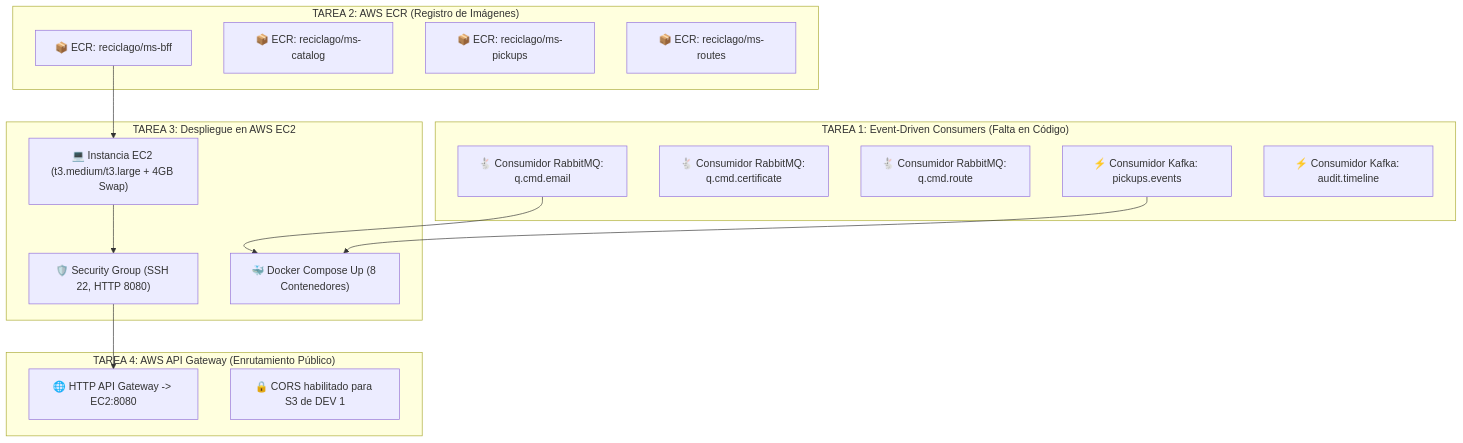
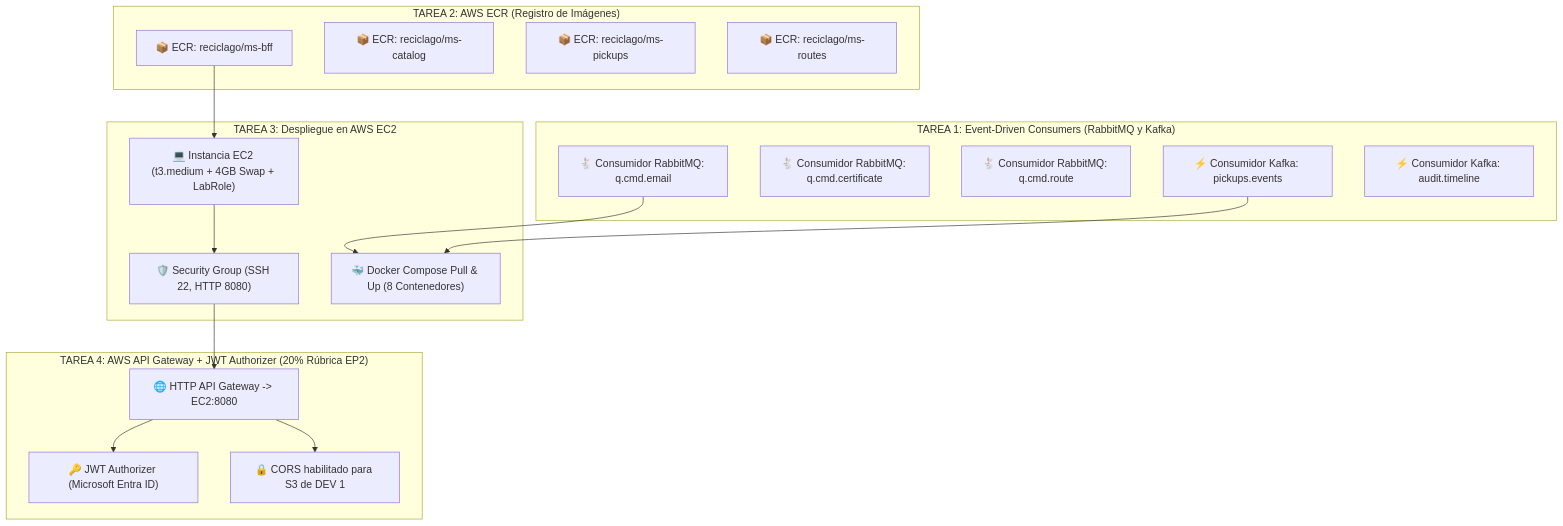
The diagram in ruta_trabajo.md (kr0zapps/reciclago-cloud-nativo), drawn with Mermaid before and after one commit. The commit also changed other lines of this file and 43 other files, not shown here.

Commit message:
refactor(audit): full project cleanup, modularization, strong typing, dead code removal and dev2 roadmap update

````diff
--- a/ruta_trabajo.md
+++ b/ruta_trabajo.md
@@ -26,33 +26,36 @@
 ```mermaid
 graph TD
-    subgraph "TAREA 1: Event-Driven Consumers (Falta en Código)"
+    subgraph "TAREA 1: Event-Driven Consumers (RabbitMQ y Kafka)"
         R1["🐇 Consumidor RabbitMQ: q.cmd.email"]
         R2["🐇 Consumidor RabbitMQ: q.cmd.certificate"]
         R3["🐇 Consumidor RabbitMQ: q.cmd.route"]
         K1["⚡ Consumidor Kafka: pickups.events"]
         K2["⚡ Consumidor Kafka: audit.timeline"]
     end
 
     subgraph "TAREA 2: AWS ECR (Registro de Imágenes)"
         ECR1["📦 ECR: reciclago/ms-bff"]
         ECR2["📦 ECR: reciclago/ms-catalog"]
         ECR3["📦 ECR: reciclago/ms-pickups"]
         ECR4["📦 ECR: reciclago/ms-routes"]
     end
 
     subgraph "TAREA 3: Despliegue en AWS EC2"
-        EC2["💻 Instancia EC2 (t3.medium/t3.large + 4GB Swap)"]
+        EC2["💻 Instancia EC2 (t3.medium + 4GB Swap + LabRole)"]
         SG["🛡️ Security Group (SSH 22, HTTP 8080)"]
-        DC["🐳 Docker Compose Up (8 Contenedores)"]
+        DC["🐳 Docker Compose Pull & Up (8 Contenedores)"]
     end
 
-    subgraph "TAREA 4: AWS API Gateway (Enrutamiento Público)"
+    subgraph "TAREA 4: AWS API Gateway + JWT Authorizer (20% Rúbrica EP2)"
         APIGW["🌐 HTTP API Gateway -> EC2:8080"]
+        AUTH["🔑 JWT Authorizer (Microsoft Entra ID)"]
         CORS["🔒 CORS habilitado para S3 de DEV 1"]
     end
 
     R1 --> DC
     K1 --> DC
     ECR1 --> EC2
     EC2 --> SG --> APIGW
+    APIGW --> AUTH
+    APIGW --> CORS
 ```
````
